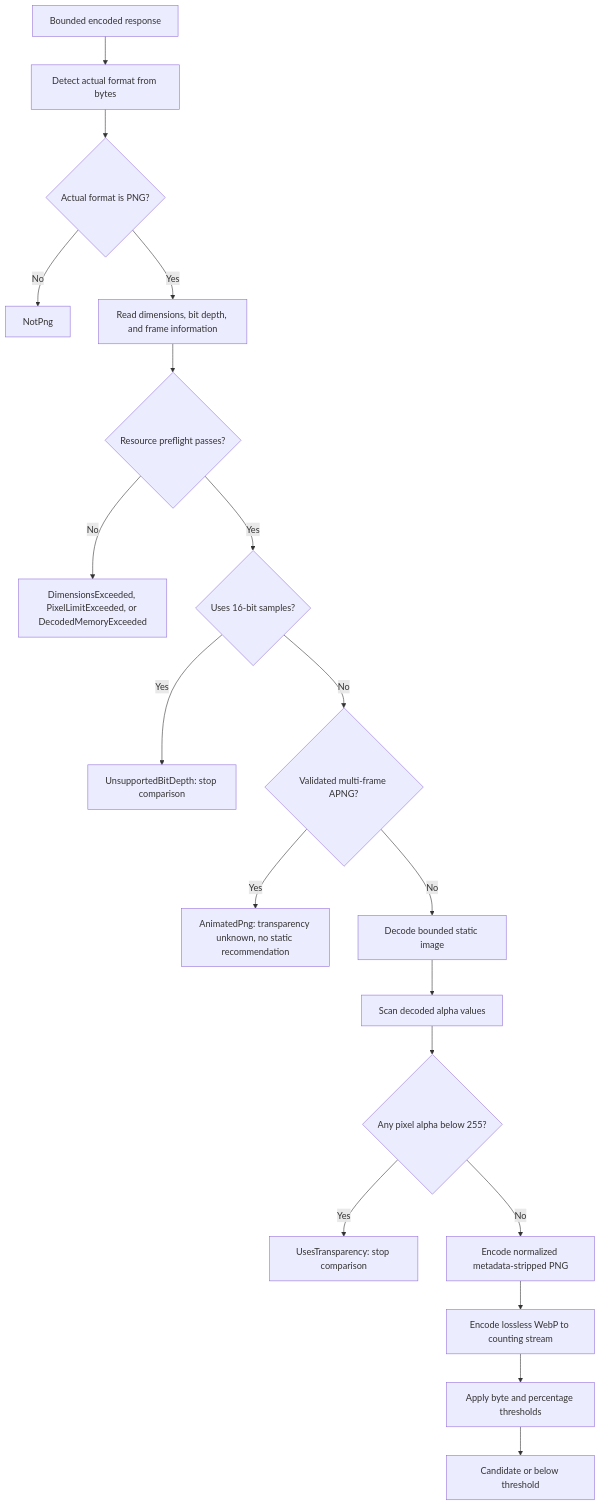
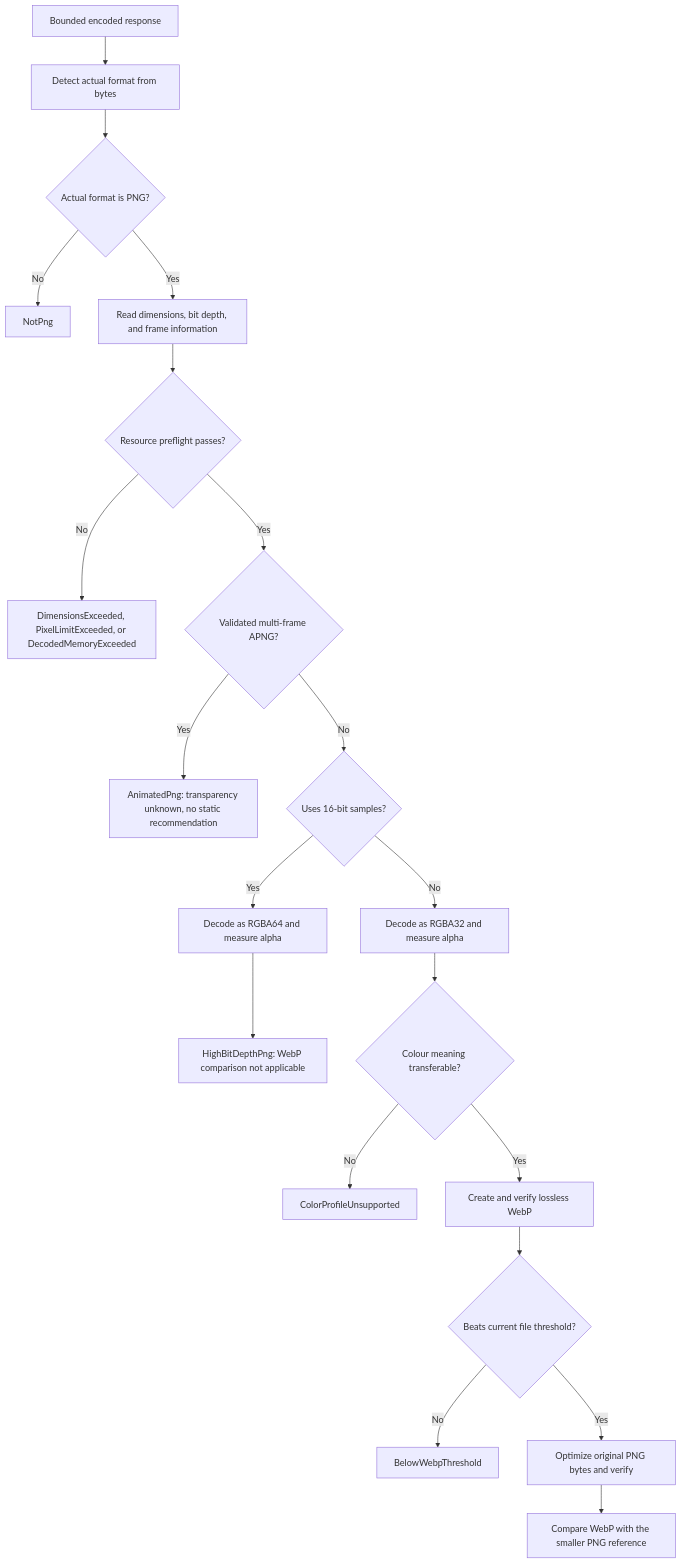
The fifth of 9 diagrams in docs/General/PNG_Image_Audit_Explained.md (hadinajem52/WebHealthProject), drawn with Mermaid before and after one commit. The commit also changed other lines of this file and 6 other files, not shown here.

````diff
--- a/docs/General/PNG_Image_Audit_Explained.md
+++ b/docs/General/PNG_Image_Audit_Explained.md
@@ -332,21 +332,22 @@
 ```mermaid
 flowchart TD
     A[Bounded encoded response] --> B[Detect actual format from bytes]
     B --> C{Actual format is PNG?}
     C -->|No| D[NotPng]
     C -->|Yes| E[Read dimensions, bit depth, and frame information]
     E --> F{Resource preflight passes?}
     F -->|No| G[DimensionsExceeded, PixelLimitExceeded, or DecodedMemoryExceeded]
-    F -->|Yes| H{Uses 16-bit samples?}
-    H -->|Yes| I[UnsupportedBitDepth: stop comparison]
-    H -->|No| J{Validated multi-frame APNG?}
-    J -->|Yes| K[AnimatedPng: transparency unknown, no static recommendation]
-    J -->|No| L[Decode bounded static image]
-    L --> M[Scan decoded alpha values]
-    M --> N{Any pixel alpha below 255?}
-    N -->|Yes| O[UsesTransparency: stop comparison]
-    N -->|No| P[Encode normalized metadata-stripped PNG]
-    P --> Q[Encode lossless WebP to counting stream]
-    Q --> R[Apply byte and percentage thresholds]
-    R --> S[Candidate or below threshold]
+    F -->|Yes| H{Validated multi-frame APNG?}
+    H -->|Yes| I[AnimatedPng: transparency unknown, no static recommendation]
+    H -->|No| J{Uses 16-bit samples?}
+    J -->|Yes| K[Decode as RGBA64 and measure alpha]
+    K --> L[HighBitDepthPng: WebP comparison not applicable]
+    J -->|No| M[Decode as RGBA32 and measure alpha]
+    M --> N{Colour meaning transferable?}
+    N -->|No| O[ColorProfileUnsupported]
+    N -->|Yes| P[Create and verify lossless WebP]
+    P --> Q{Beats current file threshold?}
+    Q -->|No| R[BelowWebpThreshold]
+    Q -->|Yes| S[Optimize original PNG bytes and verify]
+    S --> T[Compare WebP with the smaller PNG reference]
 ```
````
